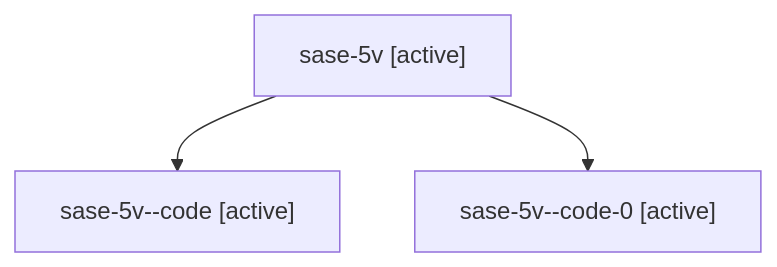
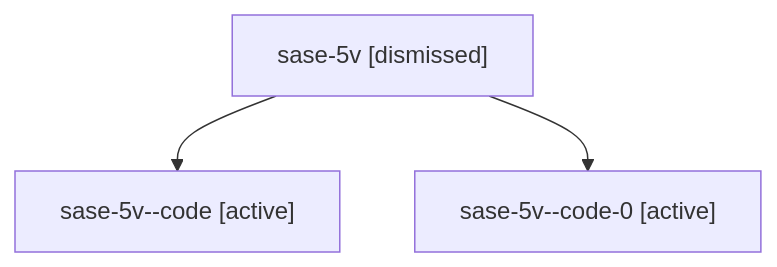
The diagram in sessions/bbugyi200.athena.sase-5v.md (sase-org/sase--agents), drawn with Mermaid before and after one commit. The commit also changed other lines of this file and 61 other files, not shown here.

````diff
--- a/sessions/bbugyi200.athena.sase-5v.md
+++ b/sessions/bbugyi200.athena.sase-5v.md
@@ -9,8 +9,8 @@
 ```mermaid
 flowchart TD
-  n0["sase-5v [active]"]
+  n0["sase-5v [dismissed]"]
   n1["sase-5v--code [active]"]
   n0 --> n1
   n2["sase-5v--code-0 [active]"]
   n0 --> n2
 ```
````
